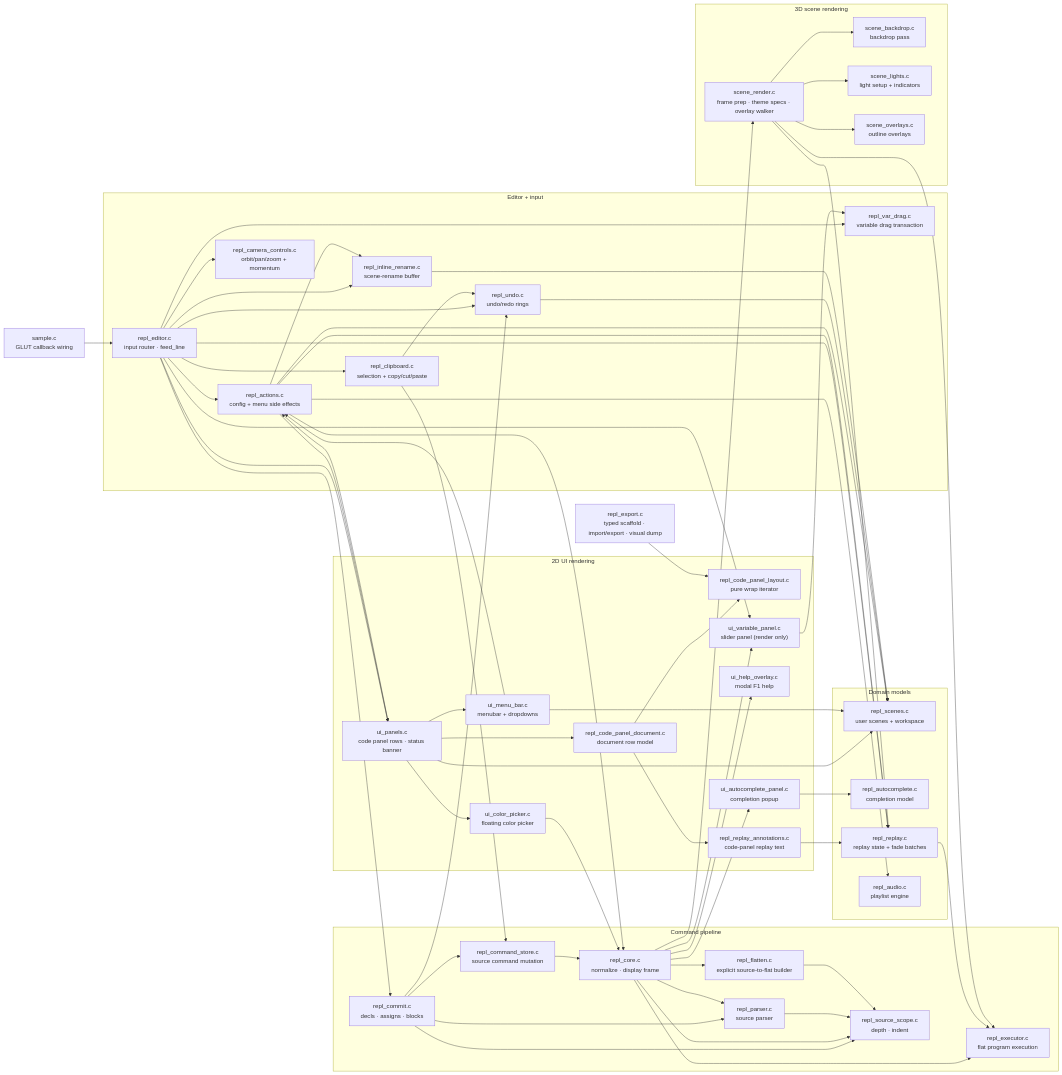
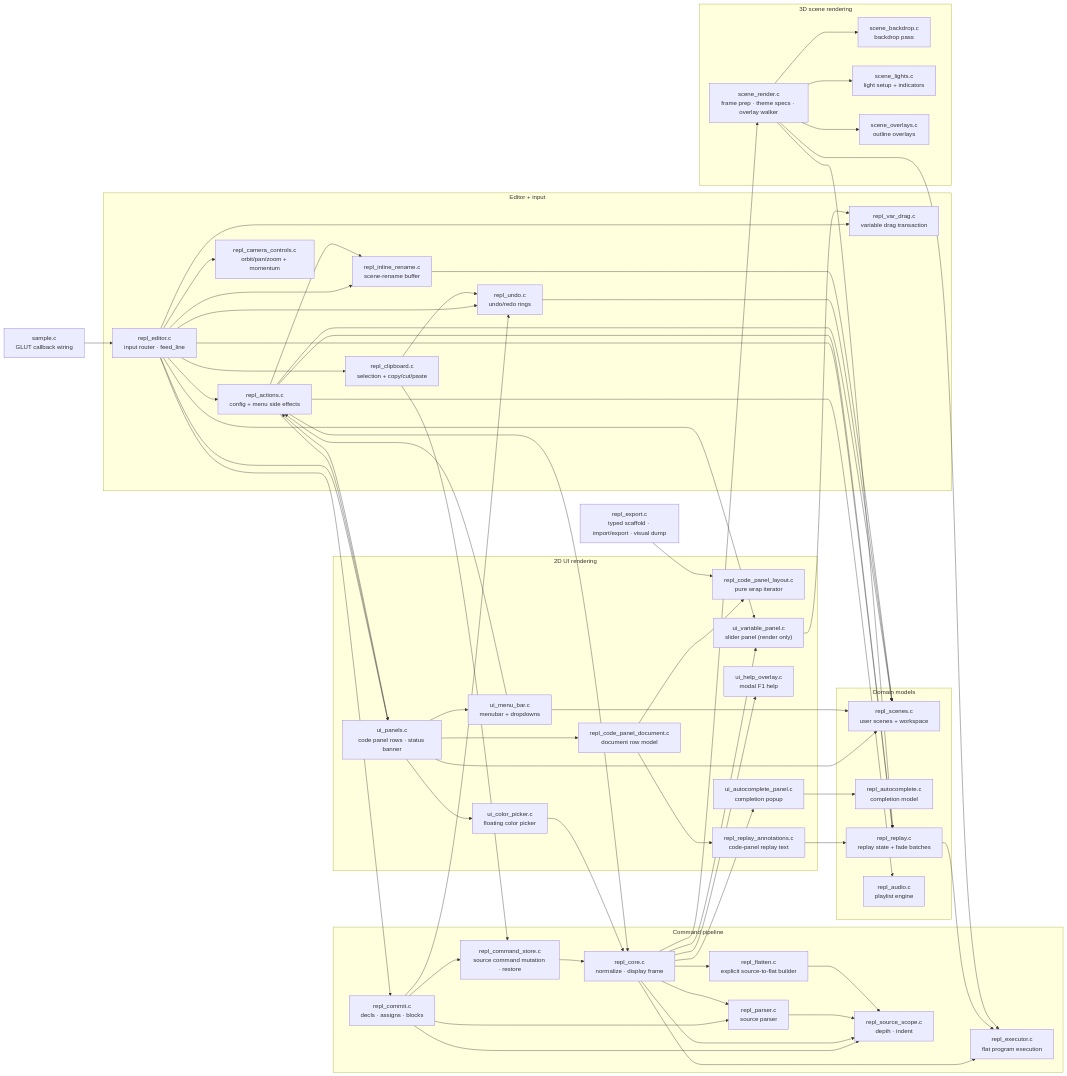
The diagram in MODULES.md (drewwoods/gl-repl), drawn with Mermaid before and after one commit. The commit also changed other lines of this file and 10 other files, not shown here.

First line of the commit message:
refactor: route command restores through command store

```diff
--- a/MODULES.md
+++ b/MODULES.md
@@ -121,7 +121,7 @@
         flatten["repl_flatten.c<br/>explicit source-to-flat builder"]
         exec["repl_executor.c<br/>flat program execution"]
         commit["repl_commit.c<br/>decls · assigns · blocks"]
-        store["repl_command_store.c<br/>source command mutation"]
+        store["repl_command_store.c<br/>source command mutation · restore"]
     end
 
     subgraph input["Editor + input"]
```
